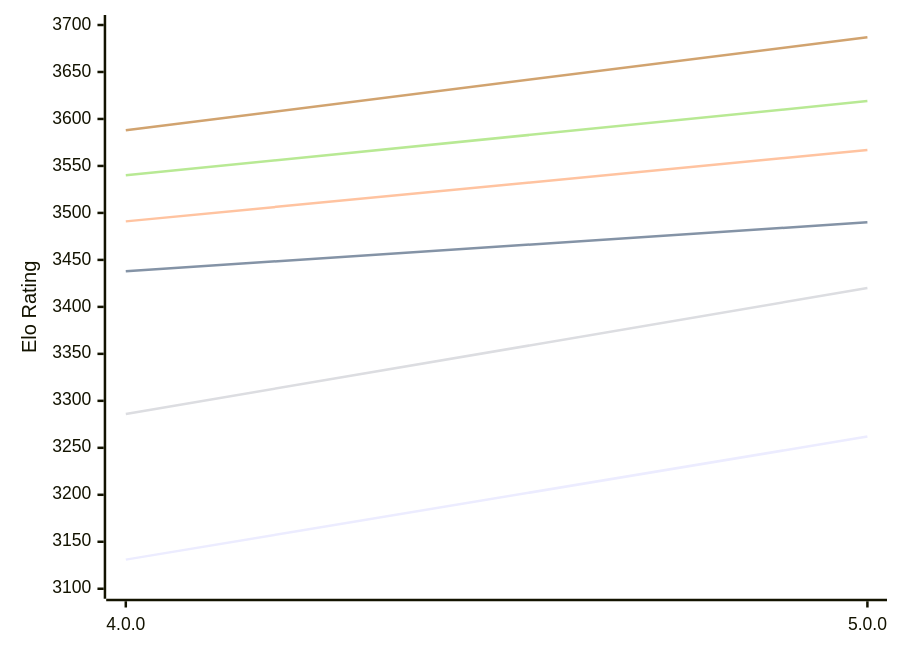
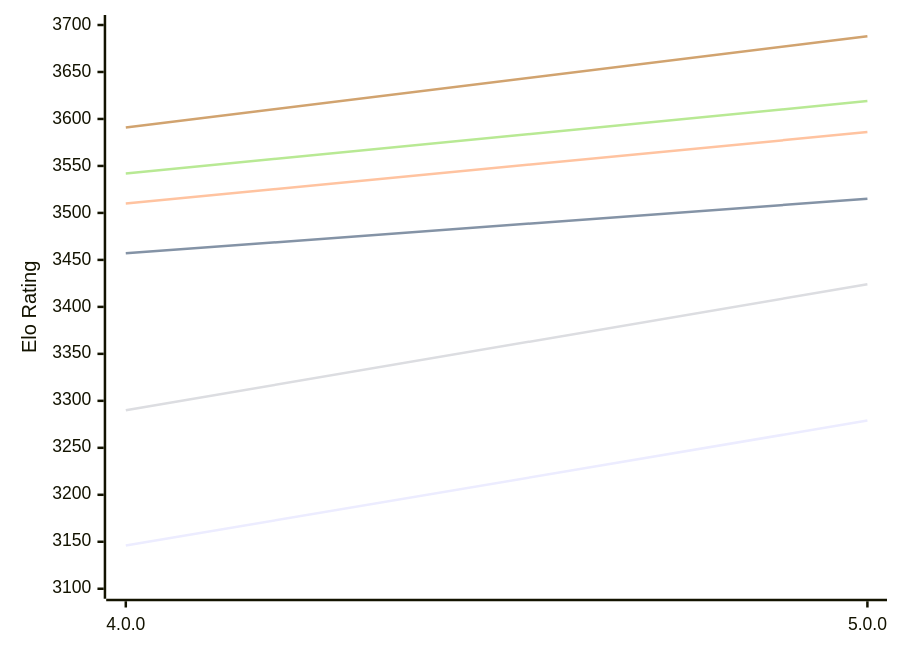
Before and after one commit to computer-chess-index/cci: the first of 2 diagrams in engines/Avalanche.md, drawn with Mermaid. The commit also changed other lines of this file, not shown here.

Commit message:
Update CCI Ratings (ELO VLTC) - 2026-10-22

````diff
--- a/engines/Avalanche.md
+++ b/engines/Avalanche.md
@@ -50,12 +50,12 @@
 ```mermaid
 %%{init: {"theme":"base","themeVariables":{"seriesColors:['#a3a3a3','#222221','#faa371']}}}%%
 xychart-beta
   x-axis ["4.0.0", "5.0.0"]
   y-axis "Elo Rating" 3100 --> 3700
-  line "E1: STC (8.0+0.08s)" [3131, 3262]
-  line "E1: LTC (60.0+0.60s)" [3438, 3490]
-  line "E1: VLTC (2m24s+1.12s)" [3491, 3567]
-  line "P1: STC (8.0+0.08s)" [3286, 3420]
-  line "P1: LTC (60.0+0.60s)" [3540, 3619]
-  line "P1: VLTC (2m24s+1.12s)" [3588, 3687]
+  line "E1: STC (8.0+0.08s)" [3146, 3279]
+  line "E1: LTC (60.0+0.60s)" [3457, 3515]
+  line "E1: VLTC (2m24s+1.12s)" [3510, 3586]
+  line "P1: STC (8.0+0.08s)" [3290, 3424]
+  line "P1: LTC (60.0+0.60s)" [3542, 3619]
+  line "P1: VLTC (2m24s+1.12s)" [3591, 3688]
 ```
````
